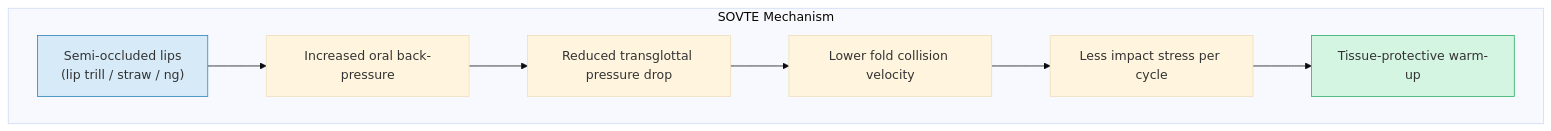
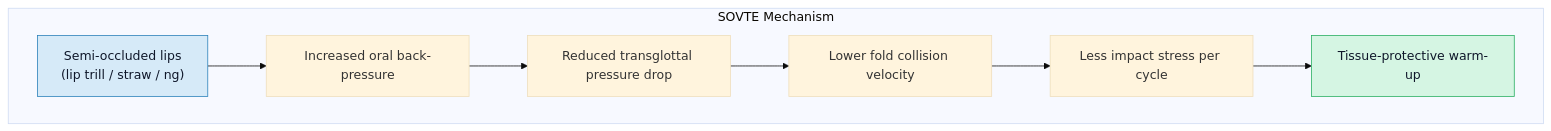
Before and after one commit to blebleblee/synapse: the fourth of 5 diagrams in topics/arts/music_performance/vocals/lesson_01_vocal_anatomy.md, drawn with Mermaid (base theme). The commit also changed other lines of this file and 1464 other files, not shown here.

Commit message:
feat(release): curriculum vector mermaid upgrade, render hardening, and master synpack

````diff
--- a/topics/arts/music_performance/vocals/lesson_01_vocal_anatomy.md
+++ b/topics/arts/music_performance/vocals/lesson_01_vocal_anatomy.md
@@ -297,16 +297,16 @@
 ```mermaid
 flowchart TD
     subgraph sub_sovte_mechanism ["SOVTE Mechanism"]
         A["Semi-occluded lips<br/>(lip trill / straw / ng)"]
         B["Increased oral back-pressure"]
         C["Reduced transglottal pressure drop"]
         D["Lower fold collision velocity"]
         E["Less impact stress per cycle"]
         F["Tissue-protective warm-up"]
     end
 
     A --> B --> C --> D --> E --> F
 
-    style A fill:#d6eaf8,stroke:#2980b9
-    style F fill:#d5f5e3,stroke:#27ae60
+    style A fill:#d6eaf8,stroke:#2980b9,color:#0f172a
+    style F fill:#d5f5e3,stroke:#27ae60,color:#0f172a
 ```
````
